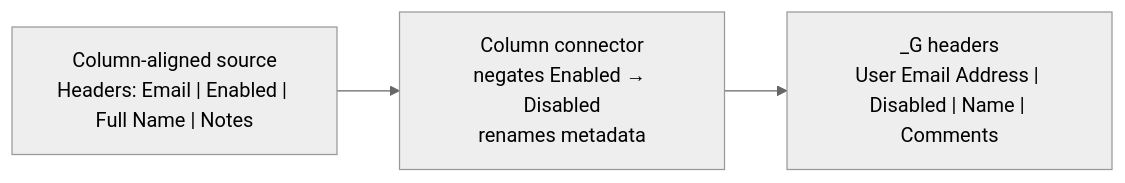
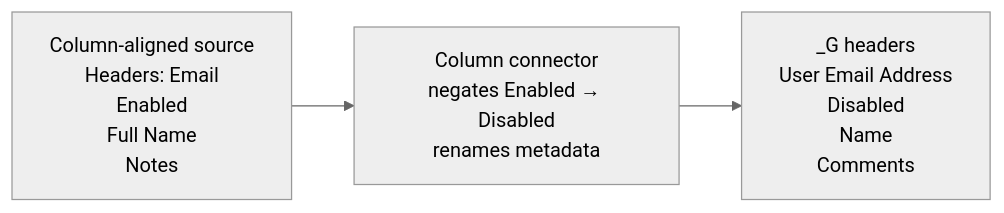
Before and after one commit to davidf9999/gdrive_permissions1: the third of 4 diagrams in docs/CONNECTORS_GUIDE.md, drawn with Mermaid (neutral theme). The commit also changed other lines of this file, not shown here.

Commit message:
docs: expand mermaid headers

````diff
--- a/docs/CONNECTORS_GUIDE.md
+++ b/docs/CONNECTORS_GUIDE.md
@@ -108,9 +114,15 @@
 ```mermaid
 flowchart LR
   ColumnSource["Column-aligned source
-Headers: Email | Enabled | Full Name | Notes"] --> ColumnConnector["Column connector
+Headers: Email
+Enabled
+Full Name
+Notes"] --> ColumnConnector["Column connector
 negates Enabled → Disabled
 renames metadata"]
   ColumnConnector --> ColumnTarget["<GroupName>_G headers
-User Email Address | Disabled | Name | Comments"]
+User Email Address
+Disabled
+Name
+Comments"]
 ```
````
